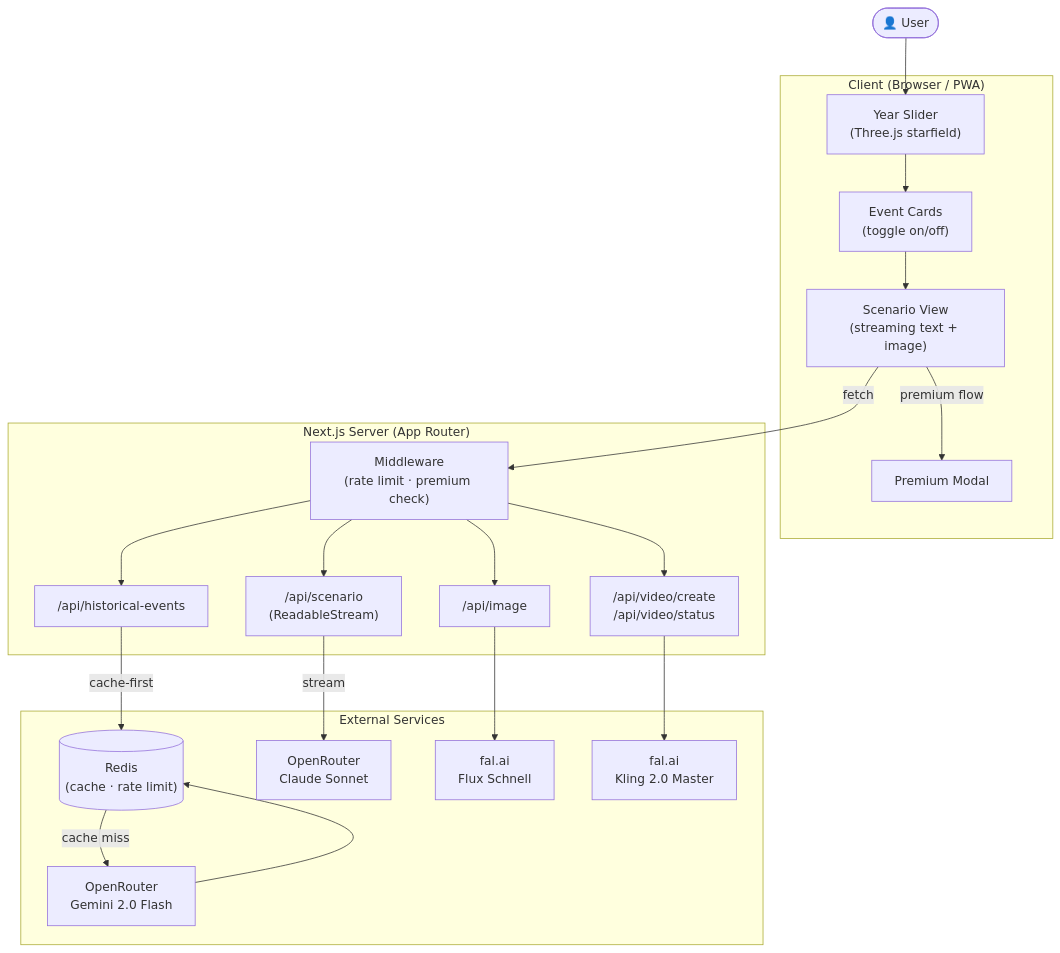
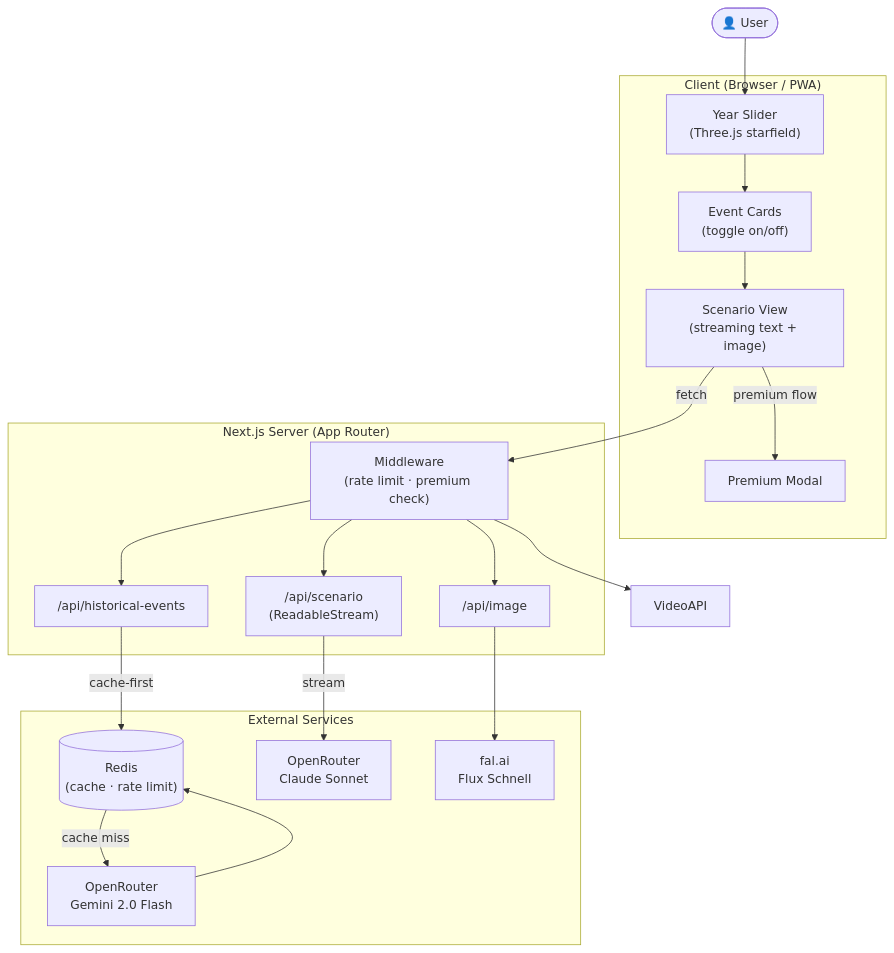
One commit to nekontachik/time_machine changed the diagram in README.md. Above: the diagram before and after it, drawn with Mermaid. The commit also changed other lines of this file and 61 other files, not shown here.

````diff
--- a/README.md
+++ b/README.md
@@ -179,45 +173,42 @@
 ```mermaid
 flowchart TD
     User(["👤 User"])
 
     subgraph Client ["Client (Browser / PWA)"]
         Slider["Year Slider\n(Three.js starfield)"]
         EventCards["Event Cards\n(toggle on/off)"]
         ScenarioUI["Scenario View\n(streaming text + image)"]
         PremiumModal["Premium Modal"]
     end
 
     subgraph Next ["Next.js Server (App Router)"]
         MW["Middleware\n(rate limit · premium check)"]
         EventsAPI["/api/historical-events"]
         ScenarioAPI["/api/scenario\n(ReadableStream)"]
         ImageAPI["/api/image"]
-        VideoAPI["/api/video/create\n/api/video/status"]
     end
 
     subgraph External ["External Services"]
         Redis[("Redis\n(cache · rate limit)")]
         OR_Gemini["OpenRouter\nGemini 2.0 Flash"]
         OR_Claude["OpenRouter\nClaude Sonnet"]
         Flux["fal.ai\nFlux Schnell"]
-        Kling["fal.ai\nKling 2.0 Master"]
     end
 
     User --> Slider --> EventCards --> ScenarioUI
     ScenarioUI -->|fetch| MW
 
     MW --> EventsAPI
     EventsAPI -->|cache-first| Redis
     Redis -->|cache miss| OR_Gemini
     OR_Gemini --> Redis
 
     MW --> ScenarioAPI
     ScenarioAPI -->|stream| OR_Claude
 
     MW --> ImageAPI
     ImageAPI --> Flux
 
     MW --> VideoAPI
-    VideoAPI --> Kling
     ScenarioUI -->|premium flow| PremiumModal
 ```
````
